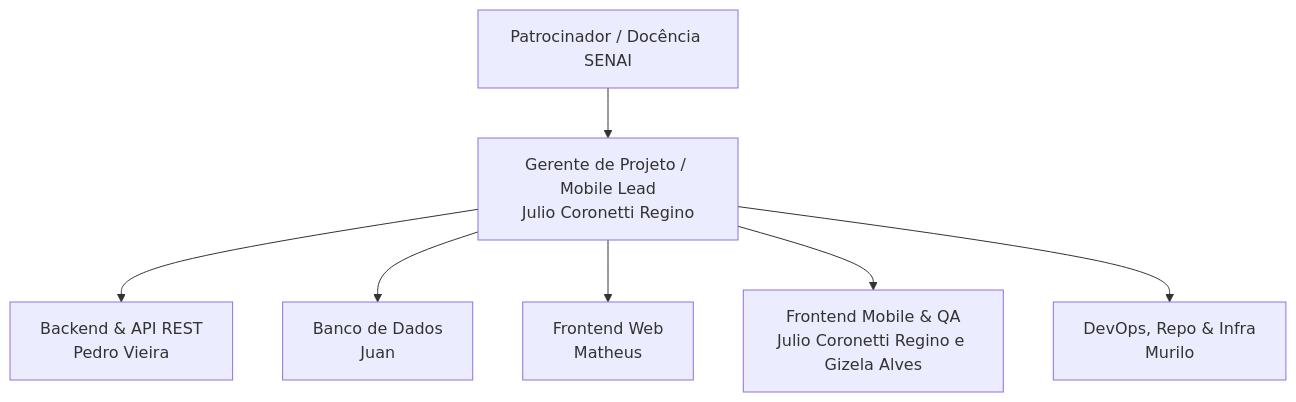
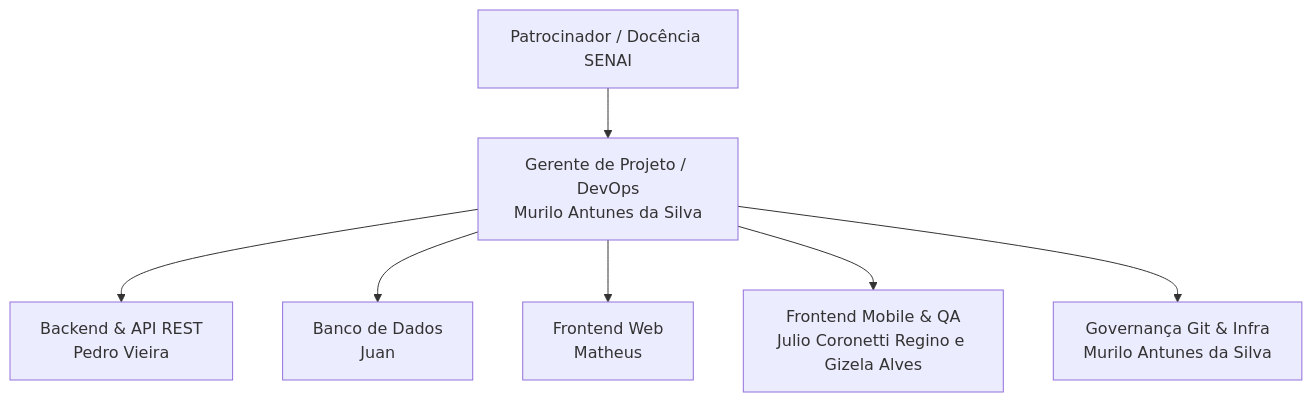
Before and after one commit to julioCoronetti/gestao-de-projetos: the diagram in aula-06/rh-organograma-raci-fieldops.md, drawn with Mermaid. The commit also changed other lines of this file and 9 other files, not shown here.

Commit message:
docs: definir Murilo Antunes da Silva como gerente de projeto do FieldOps

````diff
--- a/aula-06/rh-organograma-raci-fieldops.md
+++ b/aula-06/rh-organograma-raci-fieldops.md
@@ -15,9 +16,9 @@
 ```mermaid
 flowchart TD
-    PAT[Patrocinador / Docência SENAI] --> GP[Gerente de Projeto / Mobile Lead<br/>Julio Coronetti Regino]
+    PAT[Patrocinador / Docência SENAI] --> GP[Gerente de Projeto / DevOps<br/>Murilo Antunes da Silva]
     GP --> BE[Backend & API REST<br/>Pedro Vieira]
     GP --> DB[Banco de Dados<br/>Juan]
     GP --> WEB[Frontend Web<br/>Matheus]
     GP --> MOB[Frontend Mobile & QA<br/>Julio Coronetti Regino e Gizela Alves]
-    GP --> DEVOPS[DevOps, Repo & Infra<br/>Murilo]
+    GP --> DEVOPS[Governança Git & Infra<br/>Murilo Antunes da Silva]
 ```
````
